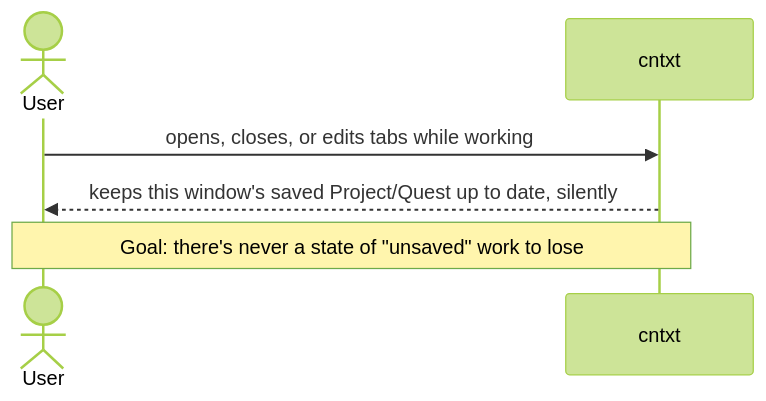
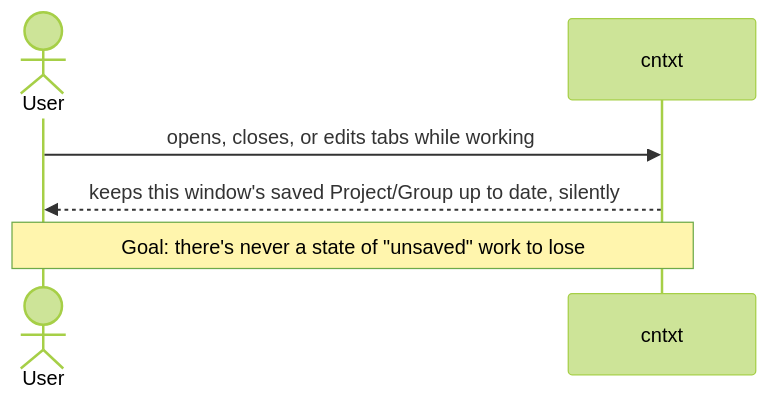
Before and after one commit to enyhma/cntxt: the third of 11 diagrams in docs/workflows.md, drawn with Mermaid (forest theme). The commit also changed other lines of this file and 7 other files, not shown here.

First line of the commit message:
docs: rename Quest to Group across CLAUDE.md and docs/

````diff
--- a/docs/workflows.md
+++ b/docs/workflows.md
@@ -77,9 +77,9 @@
 ```mermaid
 sequenceDiagram
     actor User
     participant cntxt
 
     User->>cntxt: opens, closes, or edits tabs while working
-    cntxt-->>User: keeps this window's saved Project/Quest up to date, silently
+    cntxt-->>User: keeps this window's saved Project/Group up to date, silently
     Note over User,cntxt: Goal: there's never a state of "unsaved" work to lose
 ```
````
